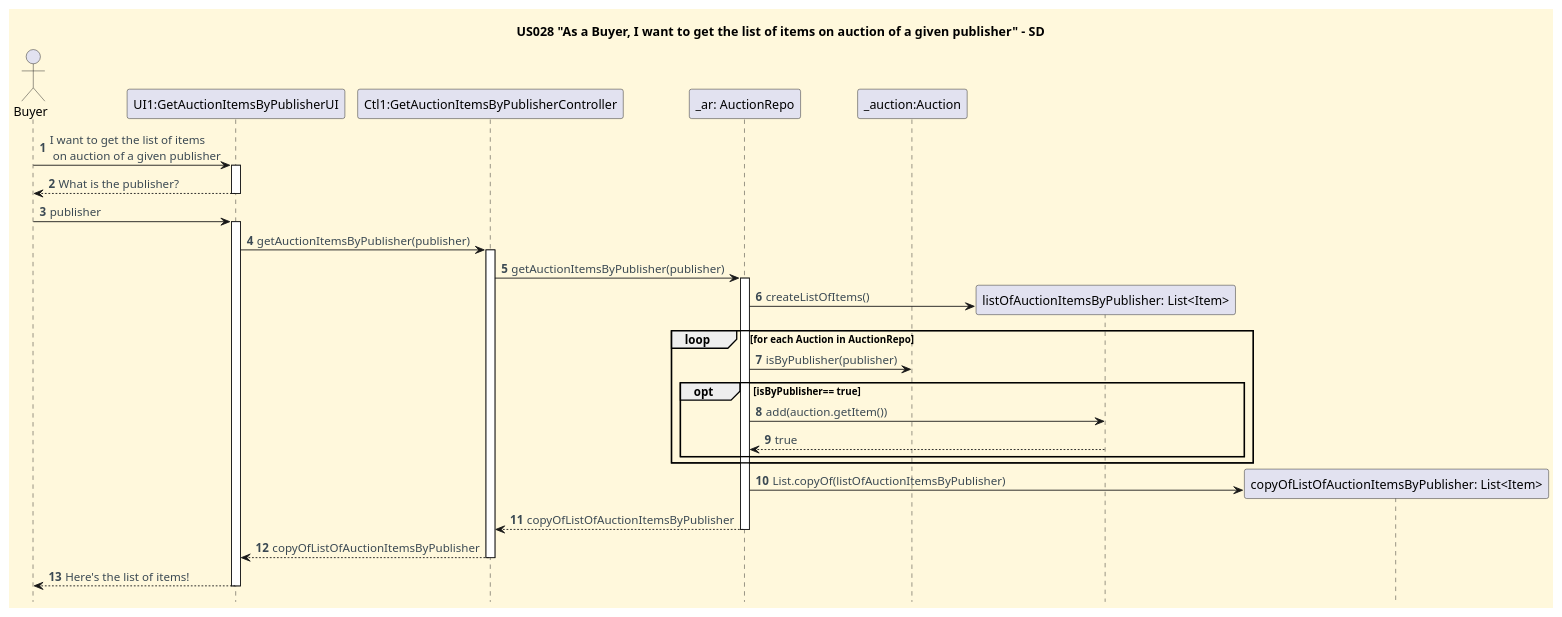
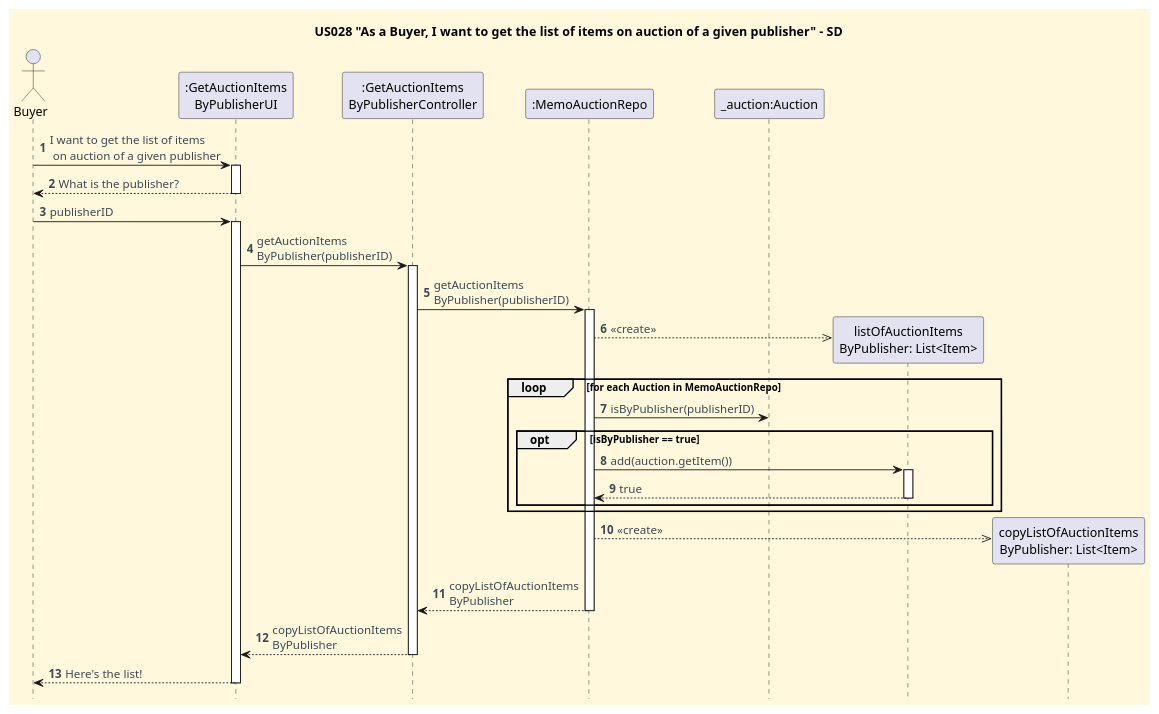
The diagram in docs/userStories/US028/US028_get_list_of_items_on_auction_of_given_publisher_SD.puml (CarolinaLeite-collab/JavaMarketplacePlatform), drawn with PlantUML before and after one commit. The commit also changed 1 other file, not shown here.

Commit message:
Updated the CD and SD diagrams of US028, according to DDD refactoring, #389

```diff
--- a/docs/userStories/US028/US028_get_list_of_items_on_auction_of_given_publisher_SD.puml
+++ b/docs/userStories/US028/US028_get_list_of_items_on_auction_of_given_publisher_SD.puml
@@ -1,66 +1,69 @@
 @startuml
 'https://plantuml.com/sequence-diagram
 
 autonumber
 title US028 "As a Buyer, I want to get the list of items on auction of a given publisher" - SD
 
 hidefootbox
 
 '==== basic style ====
 skinparam monochrome false
 skinparam shadowing false
 skinparam defaultFontName Futura
 skinparam objectFontSize 20
 skinparam backgroundColor CornSilk
 skinparam objectBackgroundColor WhiteSmoke
 skinparam noteBackgroundColor #FFFFE0
 skinparam ArrowFontColor #3B4953
 skinparam ActivationBackgroundColor black
 
 autonumber
 autoactivate off
 
 ' --- Actor and participants ---'
-
 actor Buyer
-participant "UI1:GetAuctionItemsByPublisherUI" as UI
-participant "Ctl1:GetAuctionItemsByPublisherController" as Ctl
-participant "_ar: AuctionRepo" as AuctionRepo
+participant ":GetAuctionItems\nByPublisherUI" as UI
+participant ":GetAuctionItems\nByPublisherController" as Ctl
+participant ":MemoAuctionRepo" as MemoRepo
 participant "_auction:Auction" as auction
 
+' --- Initial UI interaction ---'
 Buyer -> UI:  I want to get the list of items\n on auction of a given publisher
 activate UI
 UI --> Buyer: What is the publisher?
 deactivate UI
-
-Buyer -> UI: publisher
+Buyer -> UI: publisherID
 activate UI
 
-UI -> Ctl: getAuctionItemsByPublisher(publisher)
+' --- Get auction items ---'
+UI -> Ctl: getAuctionItems\nByPublisher(publisherID)
 activate Ctl
+Ctl -> MemoRepo: getAuctionItems\nByPublisher(publisherID)
+activate MemoRepo
 
-Ctl -> AuctionRepo: getAuctionItemsByPublisher(publisher)
-activate AuctionRepo
-
-
-create "listOfAuctionItemsByPublisher: List<Item>" as List
-AuctionRepo -> List : createListOfItems()
-loop for each Auction in AuctionRepo
-     AuctionRepo -> auction: isByPublisher(publisher)
-    opt isByPublisher== true
-        AuctionRepo -> List: add(auction.getItem())
-        List --> AuctionRepo :true
+'--- Loop through items and select by Publisher ---'
+create "listOfAuctionItems\nByPublisher: List<Item>" as List
+MemoRepo -->> List : <<create>>
+loop for each Auction in MemoAuctionRepo
+     MemoRepo -> auction: isByPublisher(publisherID)
+    opt isByPublisher == true
+        MemoRepo -> List: add(auction.getItem())
+        activate List
+        List --> MemoRepo :true
+        Deactivate List
     end
 end
 
-create "copyOfListOfAuctionItemsByPublisher: List<Item>" as Copy
-AuctionRepo -> Copy:List.copyOf(listOfAuctionItemsByPublisher)
+'--- Make a copy of the list of selected items ---'
+create "copyListOfAuctionItems\nByPublisher: List<Item>" as Copy
+MemoRepo -->> Copy : <<create>>
+MemoRepo --> Ctl : copyListOfAuctionItems\nByPublisher
+deactivate MemoRepo
+Ctl --> UI: copyListOfAuctionItems\nByPublisher
+deactivate Ctl
 
-AuctionRepo --> Ctl : copyOfListOfAuctionItemsByPublisher
-deactivate AuctionRepo
-Ctl --> UI: copyOfListOfAuctionItemsByPublisher
-deactivate Ctl
-UI --> Buyer: Here's the list of items!
+'--- Response ---'
+UI --> Buyer: Here's the list!
 deactivate UI
 
 @enduml
```
